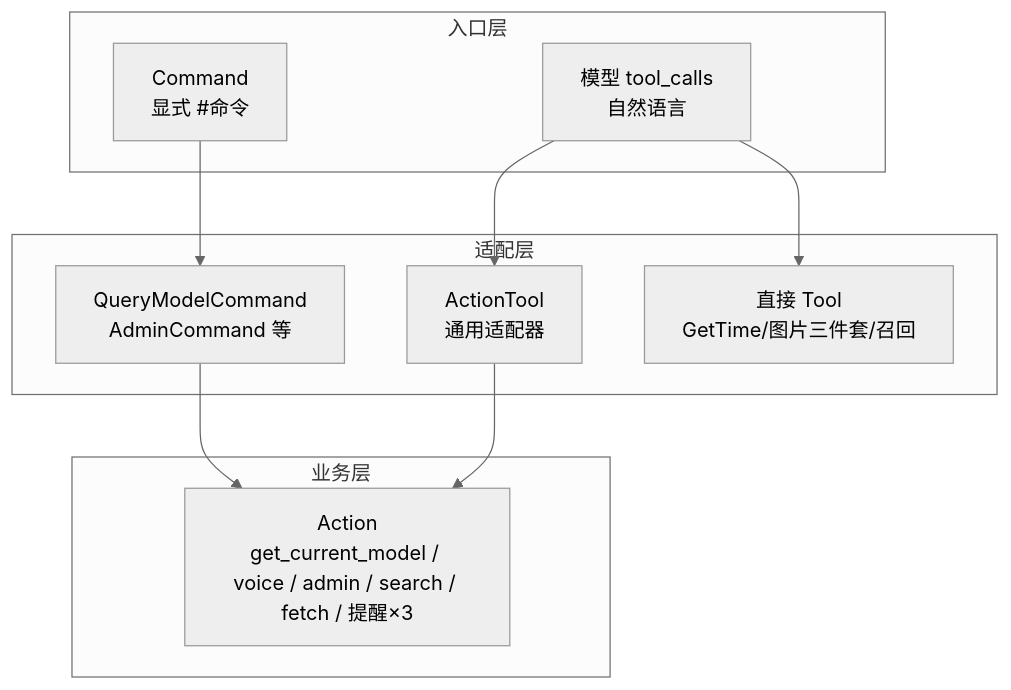
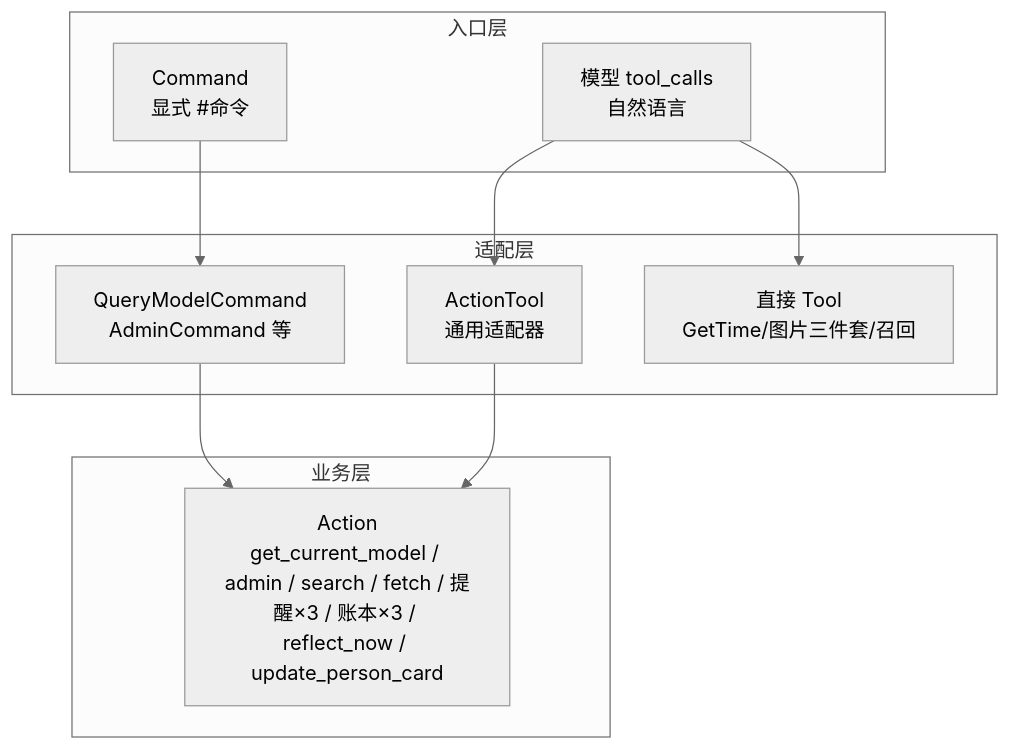
One commit to Aimang2002/KleinBot changed the diagram in docs/tech-max/09-Action与Tool体系.md. Above: the diagram before and after it, drawn with Mermaid (neutral theme). The commit also changed other lines of this file and 11 other files, not shown here.

````diff
--- a/docs/tech-max/09-Action与Tool体系.md
+++ b/docs/tech-max/09-Action与Tool体系.md
@@ -7,18 +7,18 @@
 ```mermaid
 flowchart TB
     subgraph 入口层
         CMD[Command<br/>显式 #命令]
         LLM[模型 tool_calls<br/>自然语言]
     end
     subgraph 适配层
         C1[QueryModelCommand<br/>AdminCommand 等]
         AT[ActionTool<br/>通用适配器]
         DT[直接 Tool<br/>GetTime/图片三件套/召回]
     end
     subgraph 业务层
-        A1[Action<br/>get_current_model / voice / admin / search / fetch / 提醒×3]
+        A1[Action<br/>get_current_model / admin / search / fetch / 提醒×3 / 账本×3 / reflect_now / update_person_card]
     end
     CMD --> C1 --> A1
     LLM --> AT --> A1
     LLM --> DT
 ```
````
